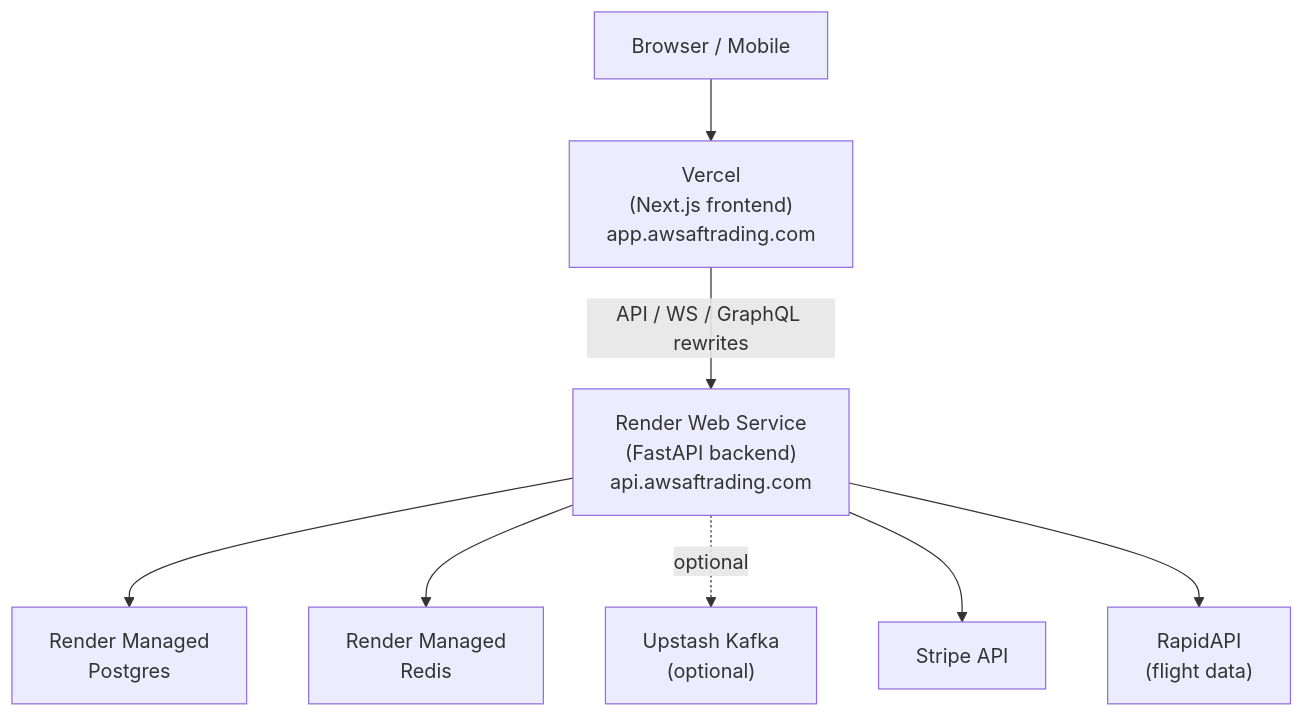
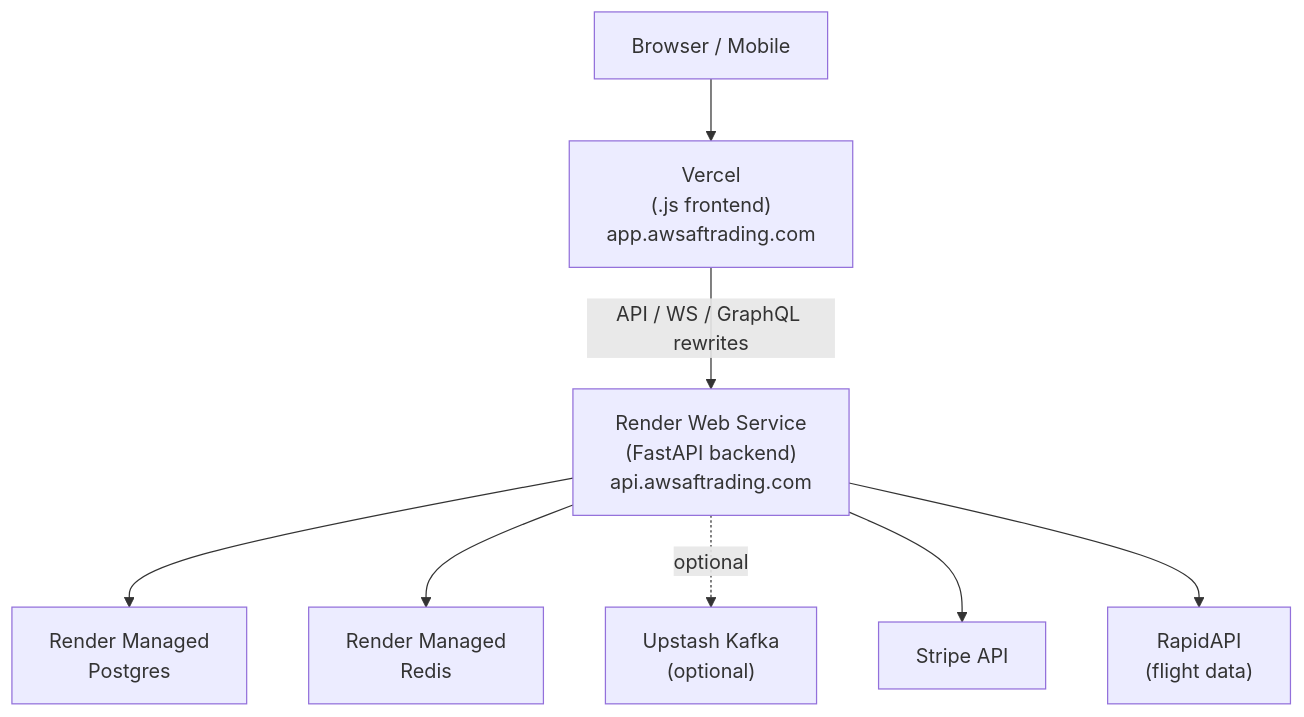
Before and after one commit to Sheetinvoicer/airvault-concierge: the diagram in .junie/plans/render-vercel-deployment.md, drawn with Mermaid. The commit also changed other lines of this file and 41 other files, not shown here.

````diff
--- a/.junie/plans/render-vercel-deployment.md
+++ b/.junie/plans/render-vercel-deployment.md
@@ -192,19 +192,19 @@
 ```mermaid
 graph TD
     Browser["Browser / Mobile"]
-    Vercel["Vercel\n(Next.js frontend)\napp.awsaftrading.com"]
+    Vercel["Vercel\n(.js frontend)\napp.awsaftrading.com"]
     Render["Render Web Service\n(FastAPI backend)\napi.awsaftrading.com"]
     PG["Render Managed\nPostgres"]
     Redis["Render Managed\nRedis"]
     Kafka["Upstash Kafka\n(optional)"] 
     Stripe["Stripe API"]
     RapidAPI["RapidAPI\n(flight data)"]
 
     Browser --> Vercel
     Vercel -- "API / WS / GraphQL rewrites" --> Render
     Render --> PG
     Render --> Redis
     Render -.->|optional| Kafka
     Render --> Stripe
     Render --> RapidAPI
 ```
````
